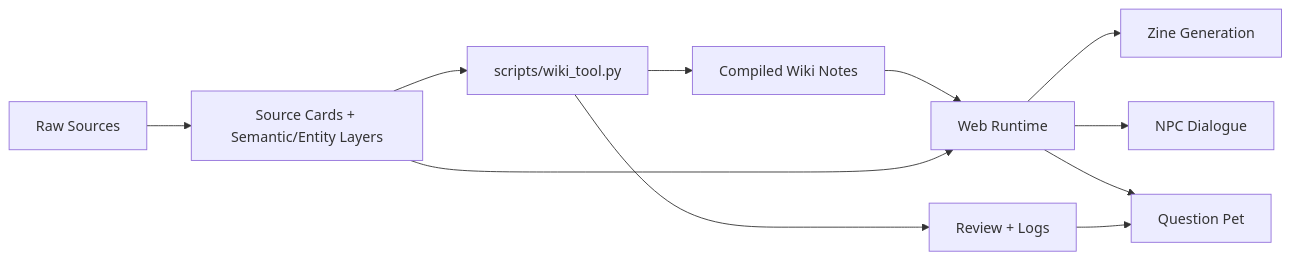
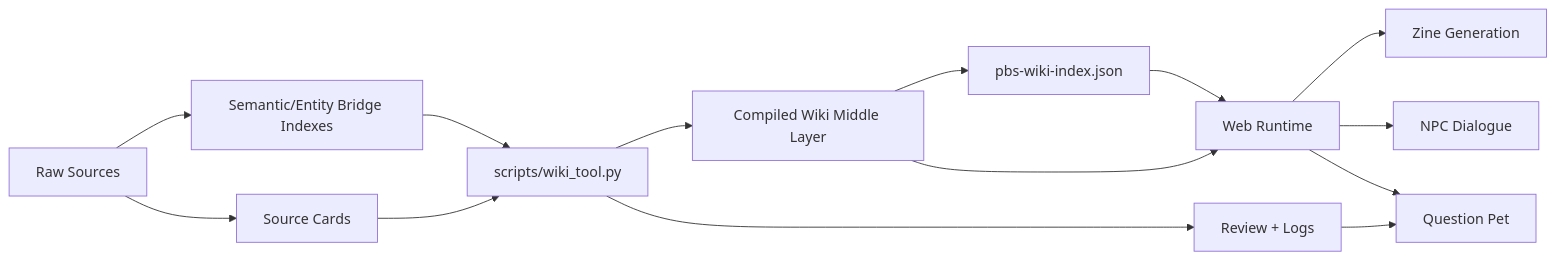
One commit to weiweiweiopen/peach-blossom-spring changed the first of 3 diagrams in obsidian-vault/PBS Wiki Visual Dashboard.md. Above: the diagram before and after it, drawn with Mermaid. The commit also changed other lines of this file and 26 other files, not shown here.

Commit message:
Thicken compiled wiki middle layer

````diff
--- a/obsidian-vault/PBS Wiki Visual Dashboard.md
+++ b/obsidian-vault/PBS Wiki Visual Dashboard.md
@@ -21,13 +22,16 @@
 ```mermaid
 graph LR
-  Sources[Raw Sources] --> Cards[Source Cards + Semantic/Entity Layers]
-  Cards --> Tool[scripts/wiki_tool.py]
-  Tool --> Wiki[Compiled Wiki Notes]
+  Sources[Raw Sources] --> Bridge[Semantic/Entity Bridge Indexes]
+  Sources --> Cards[Source Cards]
+  Bridge --> Tool[scripts/wiki_tool.py]
+  Cards --> Tool
+  Tool --> Wiki[Compiled Wiki Middle Layer]
   Tool --> Review[Review + Logs]
+  Wiki --> Index[pbs-wiki-index.json]
+  Index --> Runtime[Web Runtime]
   Wiki --> Runtime[Web Runtime]
-  Cards --> Runtime
   Runtime --> Zine[Zine Generation]
   Runtime --> NPC[NPC Dialogue]
   Runtime --> Pet[Question Pet]
   Review --> Pet
 ```
````
